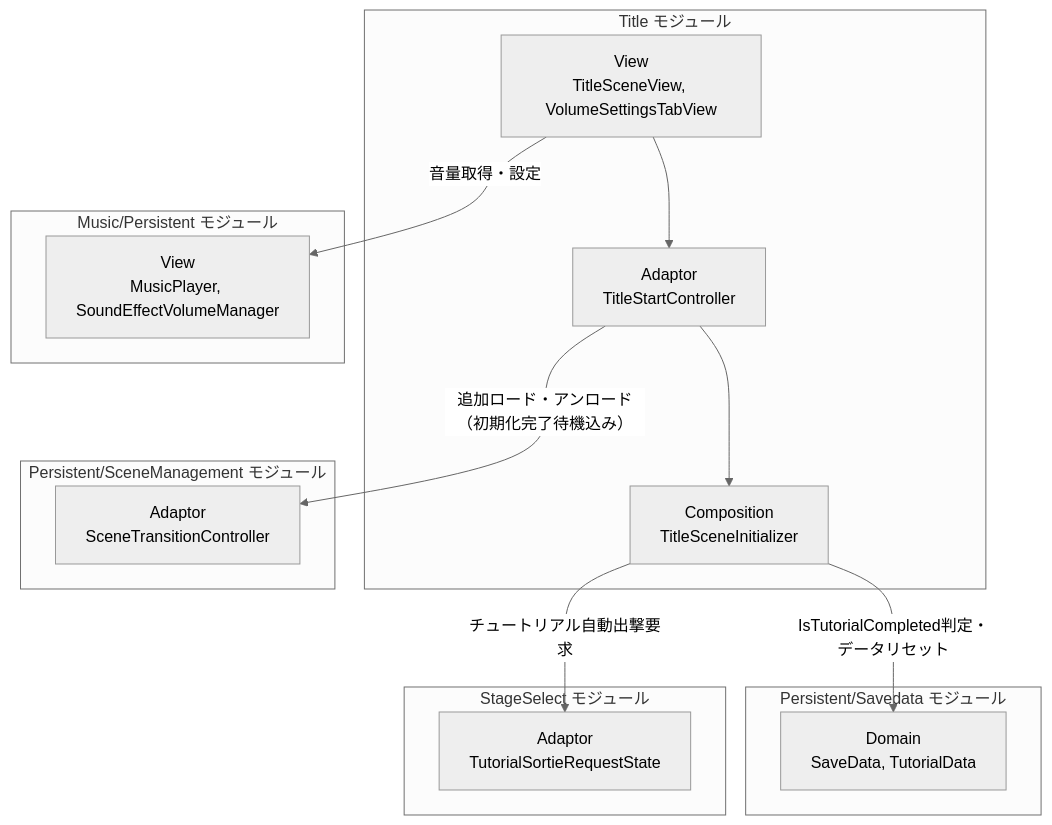
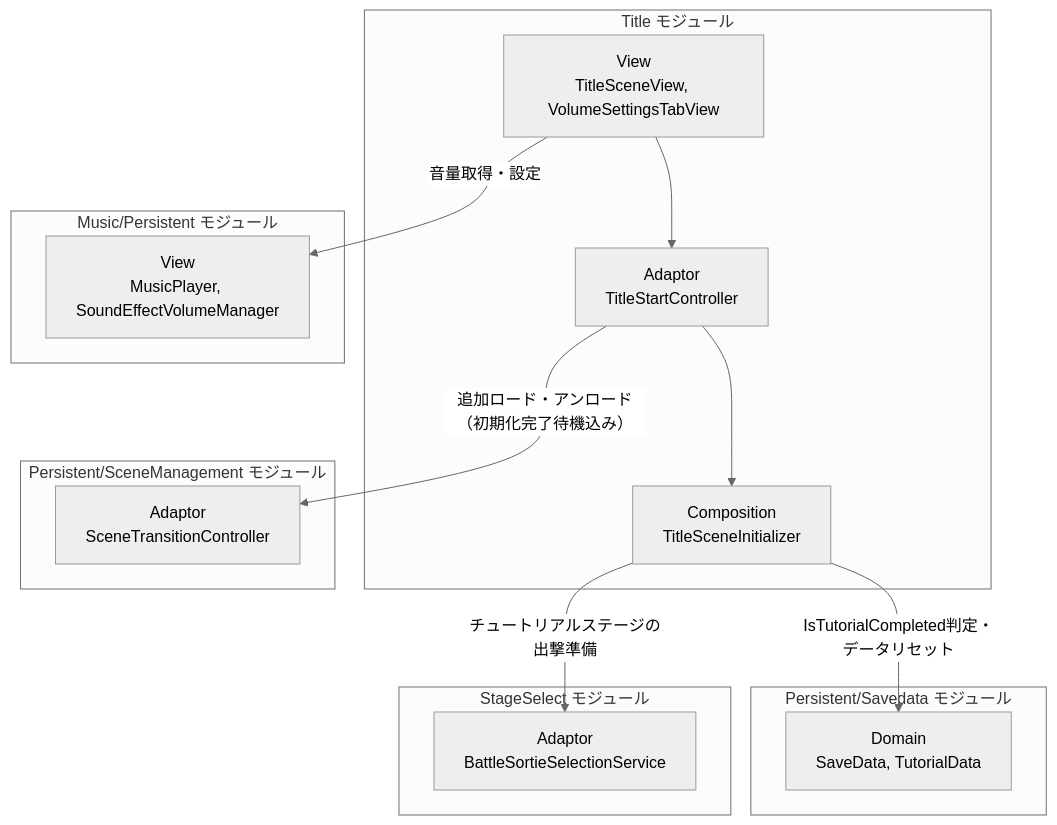
The first of 3 diagrams in Assets/Docs/ScriptsDocs/Modules/NotionModuleDocs/Title.md (HIBIKI5201/SymphonyKillChord), drawn with Mermaid (neutral theme) before and after one commit. The commit also changed other lines of this file and 1 other file, not shown here.

````diff
--- a/Assets/Docs/ScriptsDocs/Modules/NotionModuleDocs/Title.md
+++ b/Assets/Docs/ScriptsDocs/Modules/NotionModuleDocs/Title.md
@@ -42,33 +42,33 @@
 ```mermaid
 graph TD
     %% 定義 (接続のないレイヤーは省略)
     subgraph TitleModule [Title モジュール]
         T_Adaptor["Adaptor<br>TitleStartController"]
         T_View["View<br>TitleSceneView, VolumeSettingsTabView"]
         T_Composition["Composition<br>TitleSceneInitializer"]
         T_View --> T_Adaptor
         T_Adaptor --> T_Composition
     end
 
     subgraph SavedataModule [Persistent/Savedata モジュール]
         SD_Domain["Domain<br>SaveData, TutorialData"]
     end
 
     subgraph MusicModule [Music/Persistent モジュール]
         M_View["View<br>MusicPlayer, SoundEffectVolumeManager"]
     end
 
     subgraph SceneManagementModule [Persistent/SceneManagement モジュール]
         SM_Adaptor["Adaptor<br>SceneTransitionController"]
     end
 
     subgraph StageSelectModule [StageSelect モジュール]
-        SS_Adaptor["Adaptor<br>TutorialSortieRequestState"]
+        SS_Adaptor["Adaptor<br>BattleSortieSelectionService"]
     end
 
     %% 依存関係
     T_Composition -->|"IsTutorialCompleted判定・データリセット"| SD_Domain
     T_View -->|"音量取得・設定"| M_View
     T_Adaptor -->|"追加ロード・アンロード（初期化完了待機込み）"| SM_Adaptor
-    T_Composition -->|"チュートリアル自動出撃要求"| SS_Adaptor
+    T_Composition -->|"チュートリアルステージの出撃準備"| SS_Adaptor
 ```
````
